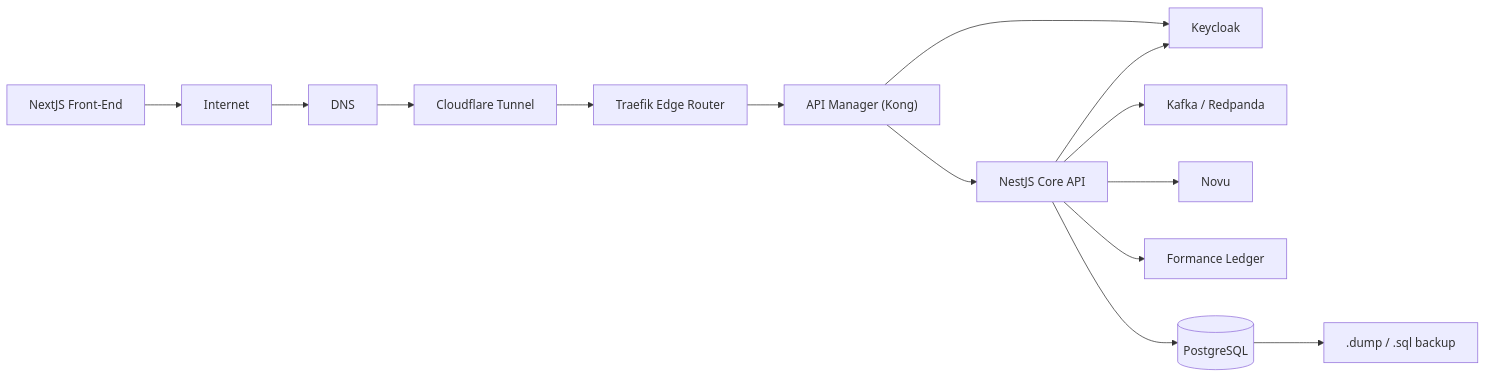
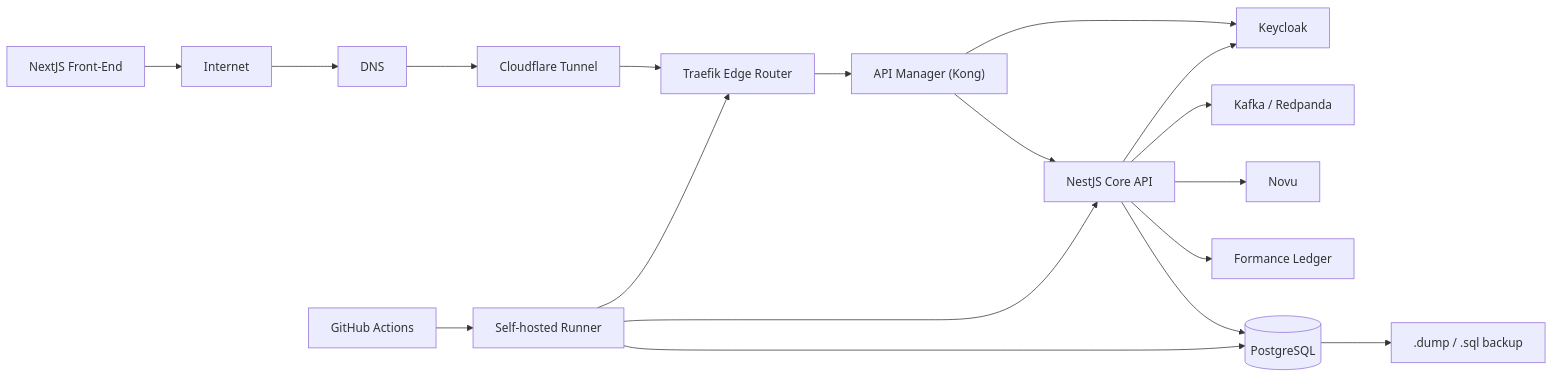
The diagram in docs/platform-architecture.md (Juanjose190/reconciliation-engine), drawn with Mermaid before and after one commit. The commit also changed other lines of this file and 3 other files, not shown here.

Commit message:
Add optional GitHub self-hosted runner

````diff
--- a/docs/platform-architecture.md
+++ b/docs/platform-architecture.md
@@ -5,17 +5,21 @@
 ```mermaid
 flowchart LR
   Frontend["NextJS Front-End"] --> Internet["Internet"]
   Internet --> DNS["DNS"]
   DNS --> Tunnel["Cloudflare Tunnel"]
   Tunnel --> Traefik["Traefik Edge Router"]
   Traefik --> Gateway["API Manager (Kong)"]
   Gateway --> Core["NestJS Core API"]
 
   Gateway --> Keycloak["Keycloak"]
   Core --> Keycloak
   Core --> Kafka["Kafka / Redpanda"]
   Core --> Novu["Novu"]
   Core --> Formance["Formance Ledger"]
   Core --> Postgres[("PostgreSQL")]
   Postgres --> Dump[".dump / .sql backup"]
+  GitHub["GitHub Actions"] --> Runner["Self-hosted Runner"]
+  Runner --> Core
+  Runner --> Traefik
+  Runner --> Postgres
 ```
````
